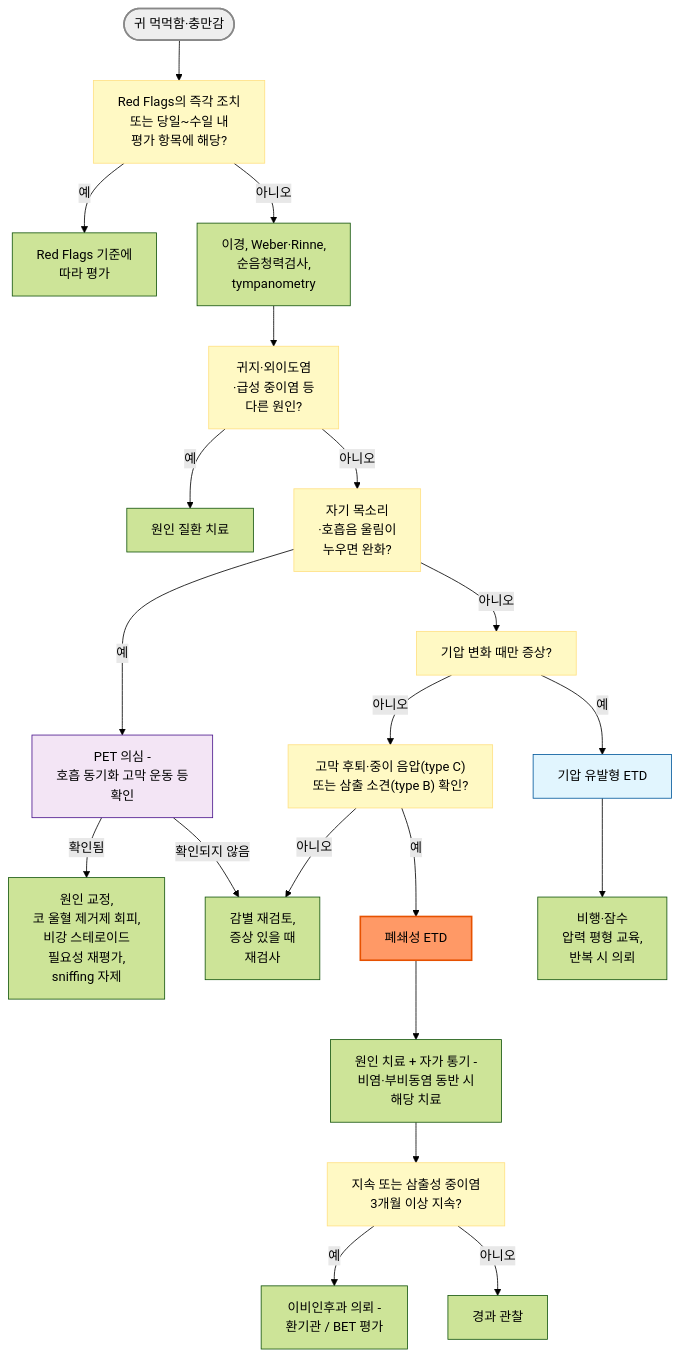
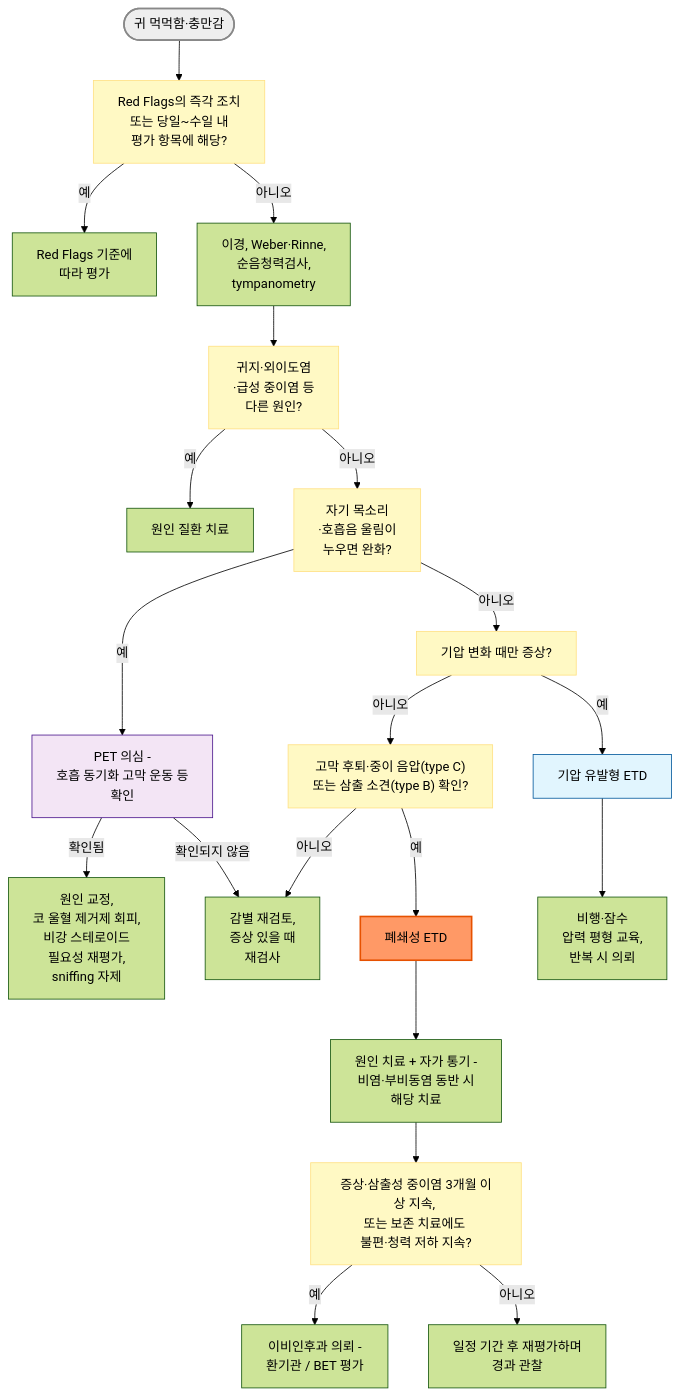
One commit to familyoh77/familyoh77 changed the diagram in 222_/046_-e-tube-dysfunction.md. Above: the diagram before and after it, drawn with Mermaid (forest theme). The commit also changed other lines of this file, not shown here.

````diff
--- a/222_/046_-e-tube-dysfunction.md
+++ b/222_/046_-e-tube-dysfunction.md
@@ -87,28 +87,28 @@
 ```mermaid
 graph TD
     Start(["귀 먹먹함·충만감"]) --> RF["Red Flags의 즉각 조치 <br/>또는 당일~수일 내 <br/>평가 항목에 해당?"]
     RF -->|예| RFA["Red Flags 기준에 <br/>따라 평가"]
     RF -->|아니오| Exam["이경, Weber·Rinne, <br/>순음청력검사, <br/>tympanometry"]
     Exam --> Oth["귀지·외이도염<br/>·급성 중이염 등 <br/>다른 원인?"]
     Oth -->|예| OthT["원인 질환 치료"]
     Oth -->|아니오| Pos["자기 목소리<br/>·호흡음 울림이 <br/>누우면 완화?"]
     Pos -->|예| PETs["PET 의심 - <br/>호흡 동기화 고막 운동 등 <br/>확인"]
     PETs -->|확인됨| P1["원인 교정, <br/>코 울혈 제거제 회피, <br/>비강 스테로이드 <br/>필요성 재평가, <br/>sniffing 자제"]
     PETs -->|확인되지 않음| Rev["감별 재검토, <br/>증상 있을 때 <br/>재검사"]
     Pos -->|아니오| Bar["기압 변화 때만 증상?"]
     Bar -->|예| BCI["기압 유발형 ETD"]
     Bar -->|아니오| Obj["고막 후퇴·중이 음압(type C) <br/>또는 삼출 소견(type B) 확인?"]
     Obj -->|예| OETD["폐쇄성 ETD"]
     Obj -->|아니오| Rev
     OETD --> S1["원인 치료 + 자가 통기 - <br/>비염·부비동염 동반 시 <br/>해당 치료"]
-    S1 --> R1["지속 또는 삼출성 중이염 <br/>3개월 이상 지속?"]
+    S1 --> R1["증상·삼출성 중이염 3개월 이상 지속, <br/>또는 보존 치료에도 <br/>불편·청력 저하 지속?"]
     R1 -->|예| ENT["이비인후과 의뢰 - <br/>환기관 / BET 평가"]
-    R1 -->|아니오| FU["경과 관찰"]
+    R1 -->|아니오| FU["일정 기간 후 재평가하며 <br/>경과 관찰"]
     BCI --> B1["비행·잠수 <br/>압력 평형 교육, <br/>반복 시 의뢰"]
     classDef q fill:#fff9c4,stroke:#ffe082
     class RF,Oth,Pos,Bar,Obj,R1 q
     style Start fill:#eeeeee,stroke:#888888,stroke-width:2px
     style OETD fill:#f96,stroke:#e65100,stroke-width:2px
     style PETs fill:#f3e5f5,stroke:#4a148c
     style BCI fill:#e1f5fe,stroke:#01579b
 ```
````
